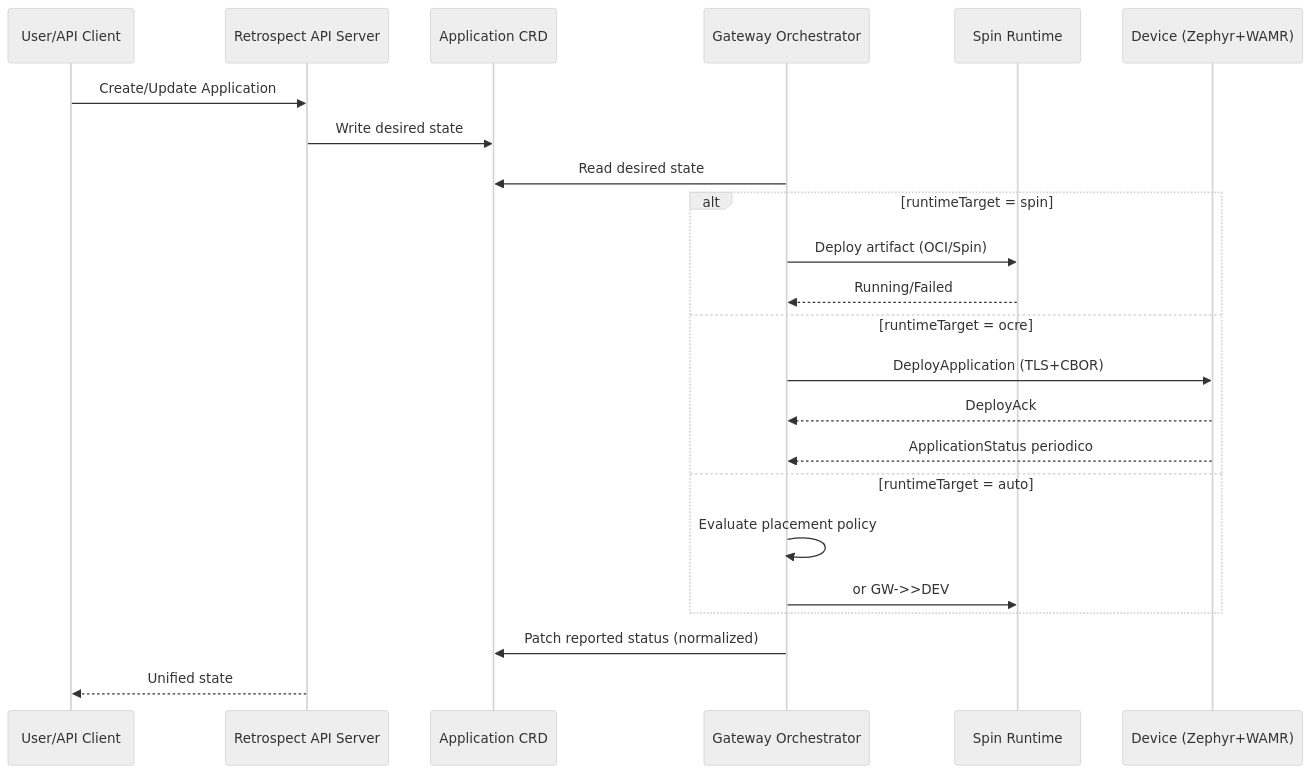
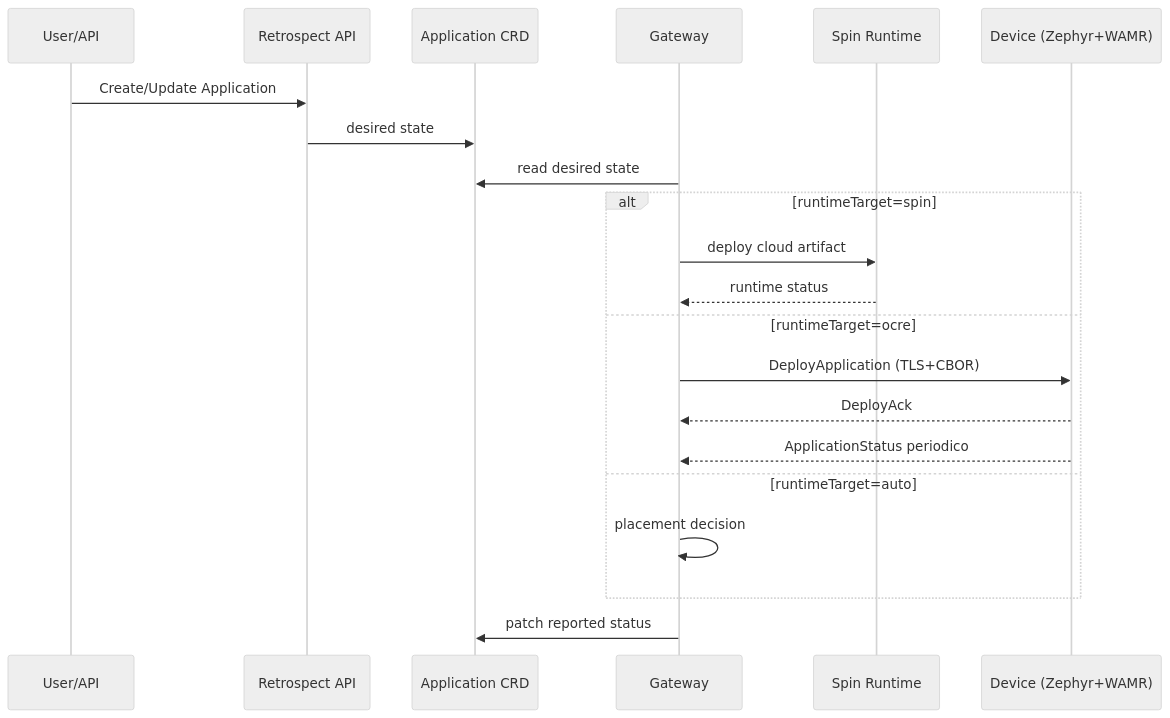
The second of 2 diagrams in RETROSPECT_SPIN_OCRE_INTEGRATION_MASTERPLAN.md (lucadagati/retrospect), drawn with Mermaid (neutral theme) before and after one commit. The commit also changed other lines of this file, not shown here.

Commit message:
Refocus SPIN+OCRE integration plan into concise high-priority roadmap

````diff
--- a/RETROSPECT_SPIN_OCRE_INTEGRATION_MASTERPLAN.md
+++ b/RETROSPECT_SPIN_OCRE_INTEGRATION_MASTERPLAN.md
@@ -176,28 +104,26 @@
 ```mermaid
 sequenceDiagram
-    participant U as User/API Client
-    participant API as Retrospect API Server
+    participant U as User/API
+    participant API as Retrospect API
     participant CRD as Application CRD
-    participant GW as Gateway Orchestrator
-    participant SPIN as Spin Runtime
-    participant DEV as Device (Zephyr+WAMR)
+    participant GW as Gateway
+    participant SP as Spin Runtime
+    participant DV as Device (Zephyr+WAMR)
 
     U->>API: Create/Update Application
-    API->>CRD: Write desired state
-    GW->>CRD: Read desired state
+    API->>CRD: desired state
+    GW->>CRD: read desired state
 
-    alt runtimeTarget = spin
-        GW->>SPIN: Deploy artifact (OCI/Spin)
-        SPIN-->>GW: Running/Failed
-    else runtimeTarget = ocre
-        GW->>DEV: DeployApplication (TLS+CBOR)
-        DEV-->>GW: DeployAck
-        DEV-->>GW: ApplicationStatus periodico
-    else runtimeTarget = auto
-        GW->>GW: Evaluate placement policy
-        GW->>SPIN: or GW->>DEV
+    alt runtimeTarget=spin
+        GW->>SP: deploy cloud artifact
+        SP-->>GW: runtime status
+    else runtimeTarget=ocre
+        GW->>DV: DeployApplication (TLS+CBOR)
+        DV-->>GW: DeployAck
+        DV-->>GW: ApplicationStatus periodico
+    else runtimeTarget=auto
+        GW->>GW: placement decision
     end
 
-    GW->>CRD: Patch reported status (normalized)
-    API-->>U: Unified state
+    GW->>CRD: patch reported status
 ```
````
